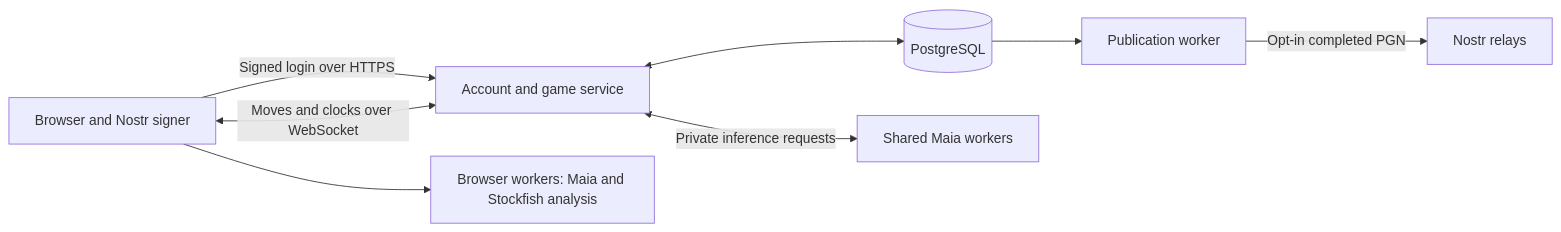
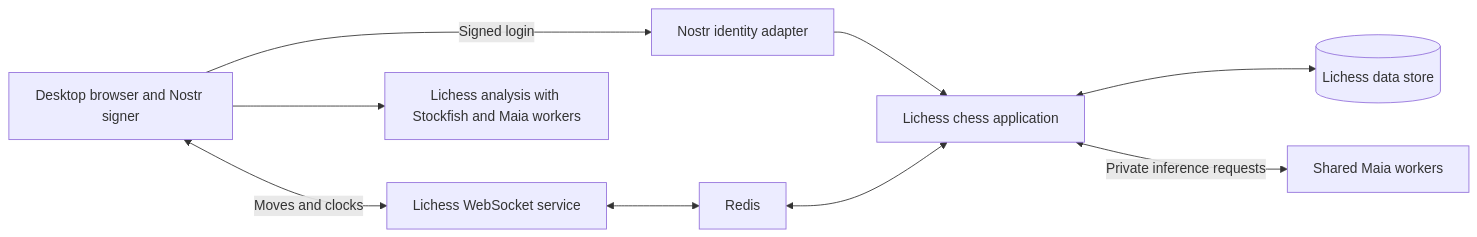
One commit to Dash1971/mute-chess changed the first of 2 diagrams in README.md. Above: the diagram before and after it, drawn with Mermaid. The commit also changed other lines of this file and 6 other files, not shown here.

Commit message:
Confirm Lichess foundation and desktop analysis roadmap

````diff
--- a/README.md
+++ b/README.md
@@ -116,10 +159,11 @@
 ```mermaid
 flowchart LR
-    Browser[Browser and Nostr signer] -->|Signed login over HTTPS| App[Account and game service]
-    Browser <-->|Moves and clocks over WebSocket| App
-    App <--> DB[(PostgreSQL)]
-    App <-->|Private inference requests| Maia[Shared Maia workers]
-    DB --> Publisher[Publication worker]
-    Publisher -->|Opt-in completed PGN| Relays[Nostr relays]
-    Browser --> Analysis[Browser workers: Maia and Stockfish analysis]
+    Browser[Desktop browser and Nostr signer] -->|Signed login| Identity[Nostr identity adapter]
+    Identity --> Lila[Lichess chess application]
+    Browser <-->|Moves and clocks| Socket[Lichess WebSocket service]
+    Socket <--> Redis[Redis]
+    Redis <--> Lila
+    Lila <--> DB[(Lichess data store)]
+    Lila <-->|Private inference requests| Maia[Shared Maia workers]
+    Browser --> Analysis[Lichess analysis with Stockfish and Maia workers]
 ```
````
